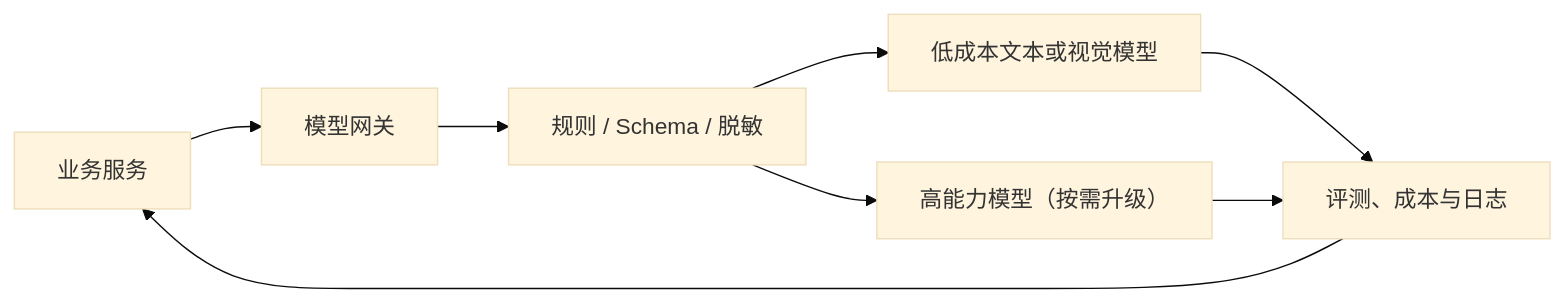
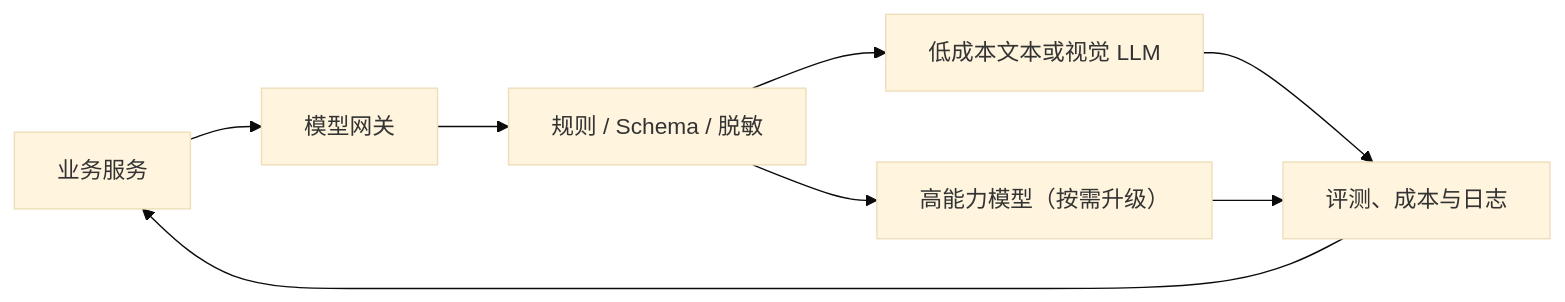
Before and after one commit to JacksonYangrs/helpbuy-ai-procurement: the seventh of 7 diagrams in public/HELPBUY_总体设计.md, drawn with Mermaid (base theme). The commit also changed other lines of this file and 3 other files, not shown here.

Commit message:
fix: mermaid 图字号/尺寸放大(18px、原始尺寸不压缩、CSS兜底);总体设计§5.2/§7 图片识别路线对齐AI方案(视觉LLM默认、OCR仅降级后端)

````diff
--- a/public/HELPBUY_总体设计.md
+++ b/public/HELPBUY_总体设计.md
@@ -465,10 +469,10 @@
 ```mermaid
 flowchart LR
     Q["业务服务"] --> G["模型网关"]
     G --> R["规则 / Schema / 脱敏"]
-    R --> L["低成本文本或视觉模型"]
+    R --> L["低成本文本或视觉 LLM"]
     R --> H["高能力模型（按需升级）"]
     L --> E["评测、成本与日志"]
     H --> E
     E --> Q
 ```
````
